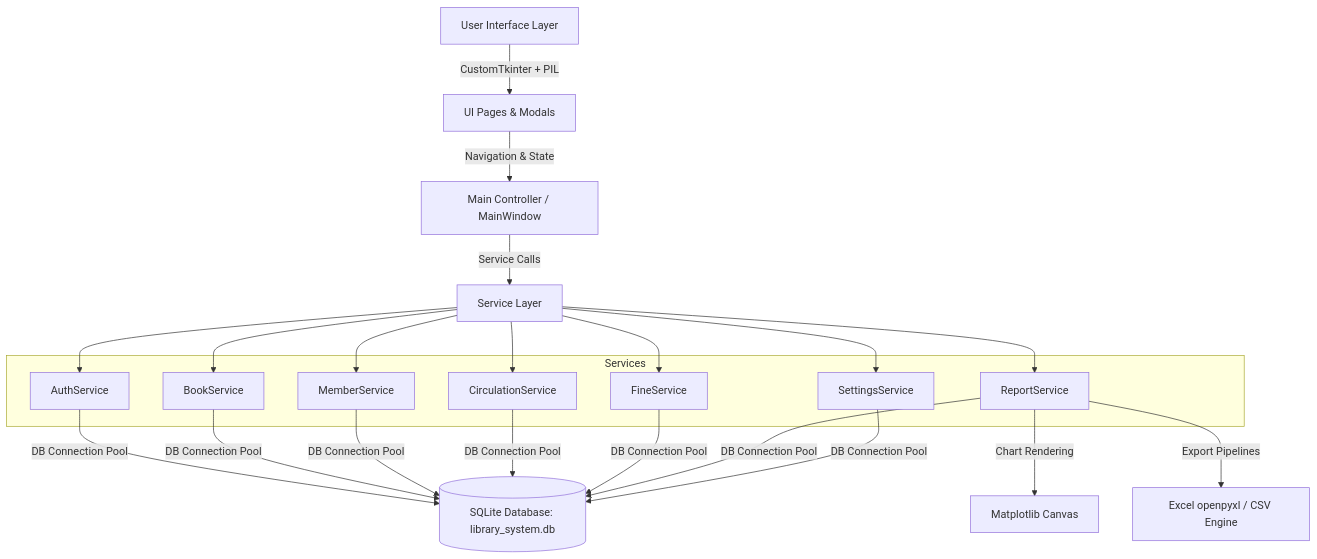
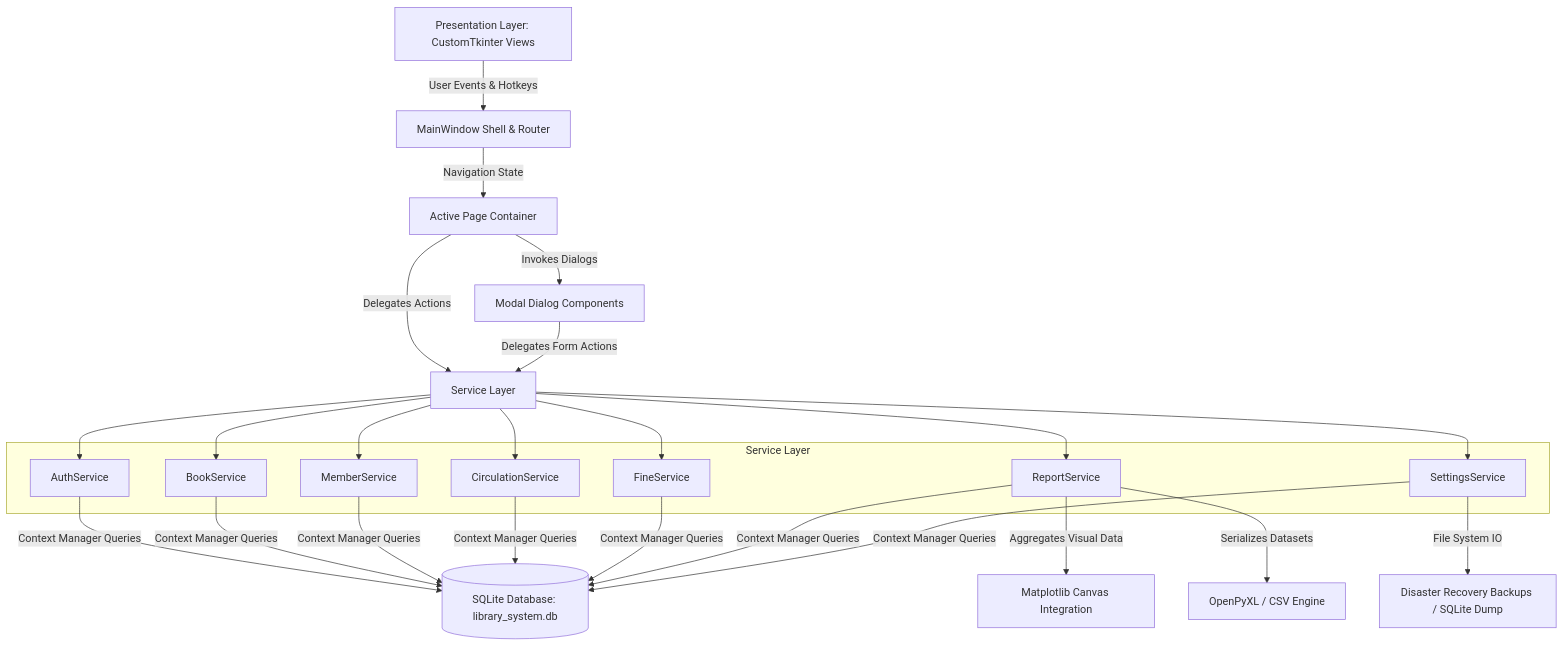
Before and after one commit to chankya371/library-management-system-2.0: the first of 4 diagrams in project_file.md, drawn with Mermaid. The commit also changed other lines of this file, not shown here.

````diff
--- a/project_file.md
+++ b/project_file.md
@@ -180,28 +82,32 @@
 ```mermaid
 graph TD
-    A[User Interface Layer] -->|CustomTkinter + PIL| B[UI Pages & Modals]
-    B -->|Navigation & State| C[Main Controller / MainWindow]
-    C -->|Service Calls| D[Service Layer]
+    A[Presentation Layer: CustomTkinter Views] -->|User Events & Hotkeys| B[MainWindow Shell & Router]
+    B -->|Navigation State| C[Active Page Container]
+    C -->|Invokes Dialogs| M[Modal Dialog Components]
     
-    subgraph Services
+    C -->|Delegates Actions| D[Service Layer]
+    M -->|Delegates Form Actions| D
+    
+    subgraph Service Layer
         D1[AuthService]
         D2[BookService]
         D3[MemberService]
         D4[CirculationService]
         D5[FineService]
         D6[ReportService]
         D7[SettingsService]
     end
     
     D --> D1
     D --> D2
     D --> D3
     D --> D4
     D --> D5
     D --> D6
     D --> D7
     
-    D1 & D2 & D3 & D4 & D5 & D6 & D7 -->|DB Connection Pool| E[(SQLite Database: library_system.db)]
-    D6 -->|Chart Rendering| F[Matplotlib Canvas]
-    D6 -->|Export Pipelines| G[Excel openpyxl / CSV Engine]
+    D1 & D2 & D3 & D4 & D5 & D6 & D7 -->|Context Manager Queries| E[(SQLite Database: library_system.db)]
+    D6 -->|Aggregates Visual Data| F[Matplotlib Canvas Integration]
+    D6 -->|Serializes Datasets| G[OpenPyXL / CSV Engine]
+    D7 -->|File System IO| H[Disaster Recovery Backups / SQLite Dump]
 ```
````
